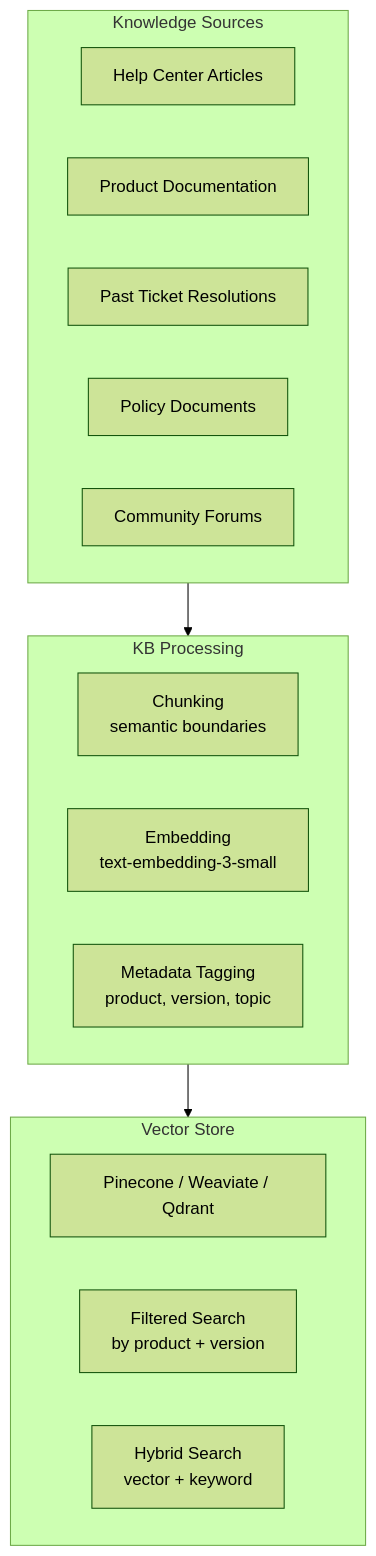
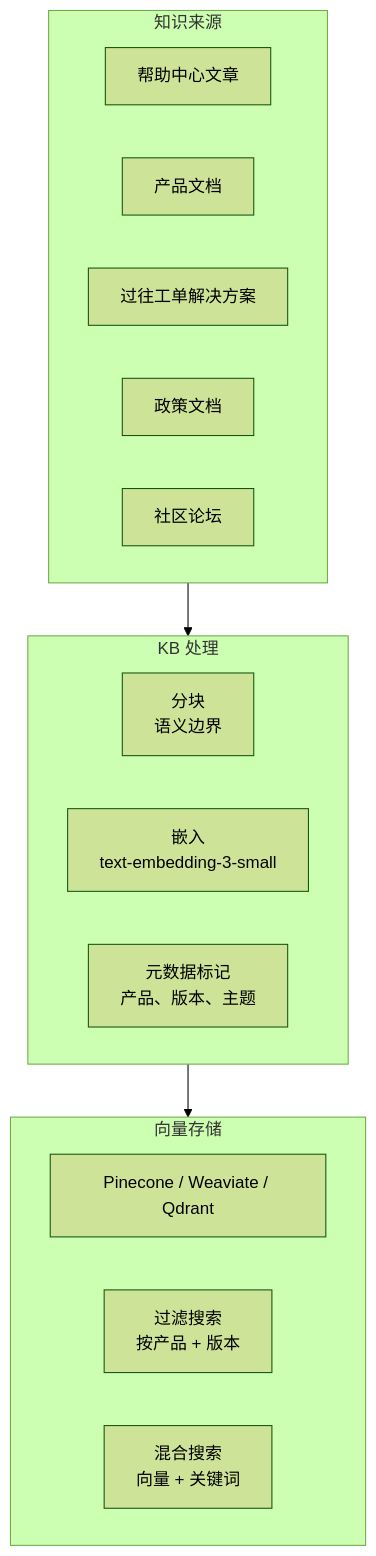
Before and after one commit to stars-labs/ai-driven-customer-service: the sixth of 7 diagrams in i18n/zh/docusaurus-plugin-content-docs/current/architecture.md, drawn with Mermaid (forest theme). The commit also changed other lines of this file and 15 other files, not shown here.

````diff
--- a/i18n/zh/docusaurus-plugin-content-docs/current/architecture.md
+++ b/i18n/zh/docusaurus-plugin-content-docs/current/architecture.md
@@ -164,25 +164,25 @@
 ```mermaid
 flowchart TB
-    subgraph Sources["Knowledge Sources"]
-        S1[Help Center Articles]
-        S2[Product Documentation]
-        S3[Past Ticket Resolutions]
-        S4[Policy Documents]
-        S5[Community Forums]
+    subgraph Sources["知识来源"]
+        S1[帮助中心文章]
+        S2[产品文档]
+        S3[过往工单解决方案]
+        S4[政策文档]
+        S5[社区论坛]
     end
 
-    subgraph Processing["KB Processing"]
-        P1[Chunking<br/>semantic boundaries]
-        P2[Embedding<br/>text-embedding-3-small]
-        P3[Metadata Tagging<br/>product, version, topic]
+    subgraph Processing["KB 处理"]
+        P1[分块<br/>语义边界]
+        P2[嵌入<br/>text-embedding-3-small]
+        P3[元数据标记<br/>产品、版本、主题]
     end
 
-    subgraph Storage["Vector Store"]
+    subgraph Storage["向量存储"]
         V1[Pinecone / Weaviate / Qdrant]
-        V2[Filtered Search<br/>by product + version]
-        V3[Hybrid Search<br/>vector + keyword]
+        V2[过滤搜索<br/>按产品 + 版本]
+        V3[混合搜索<br/>向量 + 关键词]
     end
 
     Sources --> Processing
     Processing --> Storage
 ```
````
